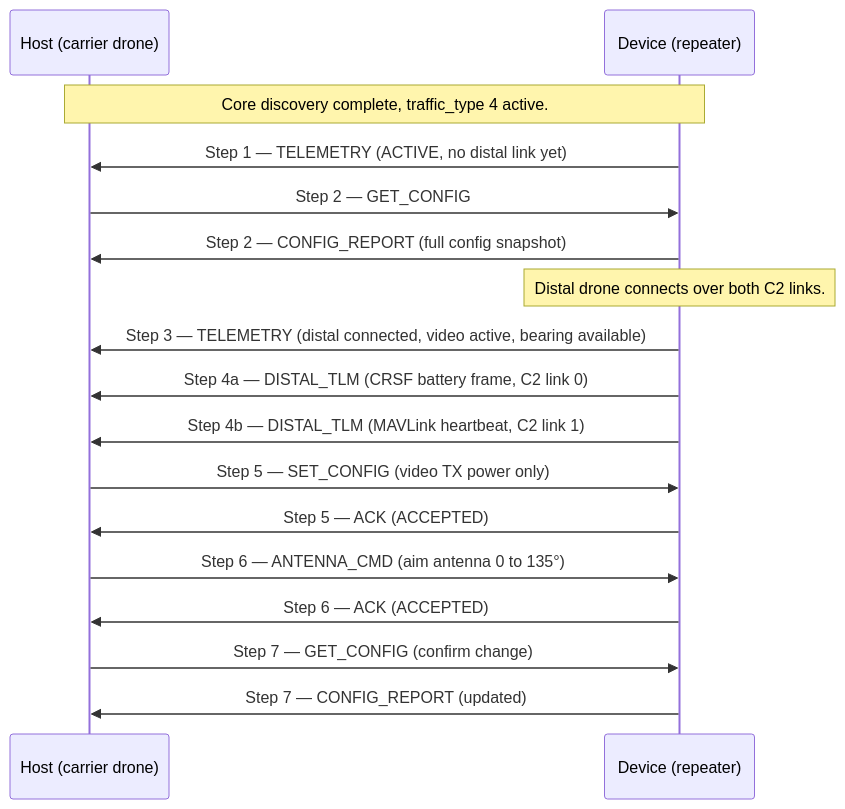
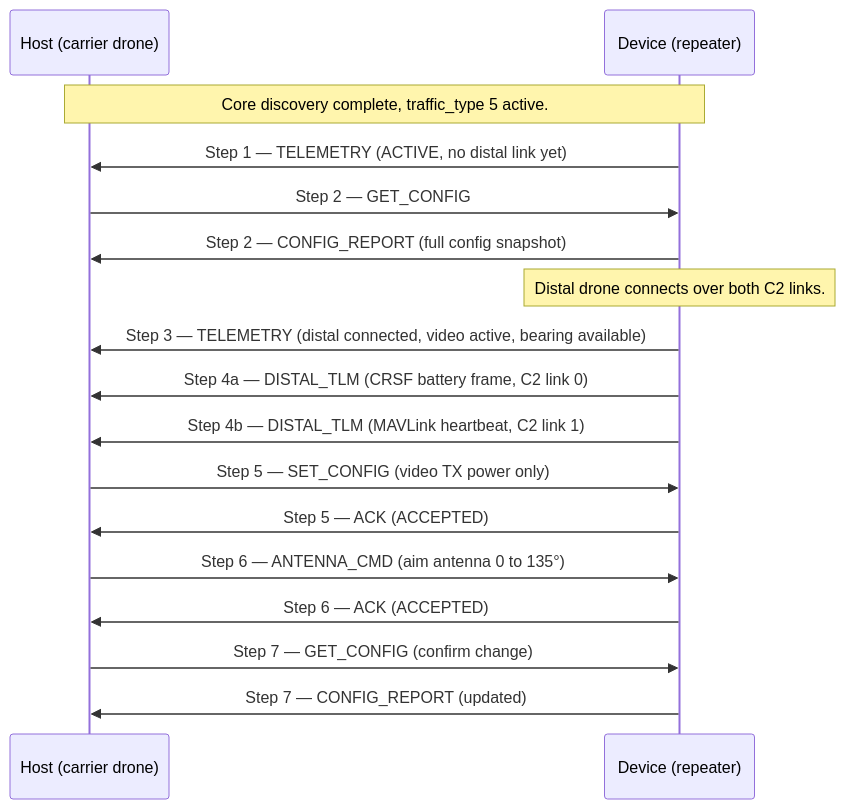
One commit to Neros-Technologies/APEX changed the diagram in spec/APEX_Device_Class_Repeater.md. Above: the diagram before and after it, drawn with Mermaid. The commit also changed other lines of this file and 32 other files, not shown here.

````diff
--- a/spec/APEX_Device_Class_Repeater.md
+++ b/spec/APEX_Device_Class_Repeater.md
@@ -423,19 +425,19 @@
 ```mermaid
 sequenceDiagram
     participant H as Host (carrier drone)
     participant D as Device (repeater)
-    Note over H,D: Core discovery complete, traffic_type 4 active.
+    Note over H,D: Core discovery complete, traffic_type 5 active.
     D->>H: Step 1 — TELEMETRY (ACTIVE, no distal link yet)
     H->>D: Step 2 — GET_CONFIG
     D->>H: Step 2 — CONFIG_REPORT (full config snapshot)
     Note over D: Distal drone connects over both C2 links.
     D->>H: Step 3 — TELEMETRY (distal connected, video active, bearing available)
     D->>H: Step 4a — DISTAL_TLM (CRSF battery frame, C2 link 0)
     D->>H: Step 4b — DISTAL_TLM (MAVLink heartbeat, C2 link 1)
     H->>D: Step 5 — SET_CONFIG (video TX power only)
     D->>H: Step 5 — ACK (ACCEPTED)
     H->>D: Step 6 — ANTENNA_CMD (aim antenna 0 to 135°)
     D->>H: Step 6 — ACK (ACCEPTED)
     H->>D: Step 7 — GET_CONFIG (confirm change)
     D->>H: Step 7 — CONFIG_REPORT (updated)
 ```
````
